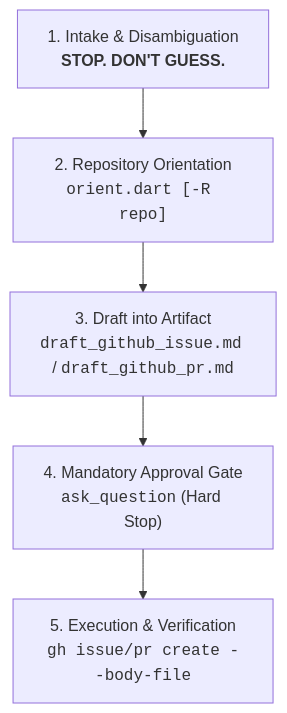
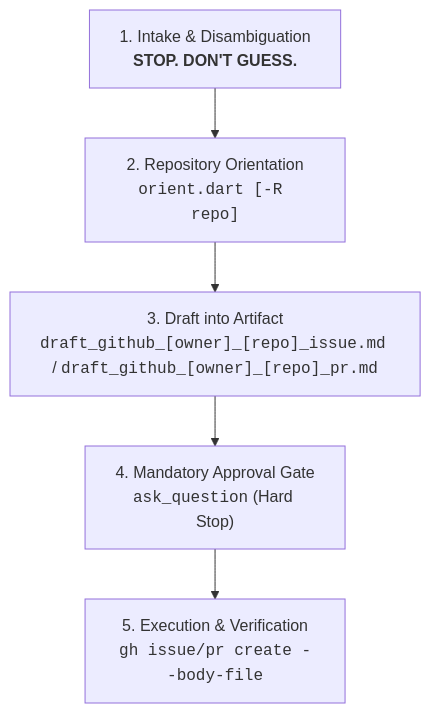
One commit to kevmoo/kevmoo_skills changed the diagram in skills/github-post/SKILL.md. Above: the diagram before and after it, drawn with Mermaid. The commit also changed other lines of this file, not shown here.

Commit message:
docs(github-post): namespace draft artifacts as draft_github_<org>_<repo>_issue.md and pr.md

````diff
--- a/skills/github-post/SKILL.md
+++ b/skills/github-post/SKILL.md
@@ -35,7 +35,7 @@
 ```mermaid
 graph TD
     A["1. Intake & Disambiguation<br><b>STOP. DON'T GUESS.</b>"] --> B["2. Repository Orientation<br><code>orient.dart [-R repo]</code>"]
-    B --> C["3. Draft into Artifact<br><code>draft_github_issue.md</code> / <code>draft_github_pr.md</code>"]
+    B --> C["3. Draft into Artifact<br><code>draft_github_[owner]_[repo]_issue.md</code> / <code>draft_github_[owner]_[repo]_pr.md</code>"]
     C --> D["4. Mandatory Approval Gate<br><code>ask_question</code> (Hard Stop)"]
     D --> E["5. Execution & Verification<br><code>gh issue/pr create --body-file</code>"]
 ```
````
